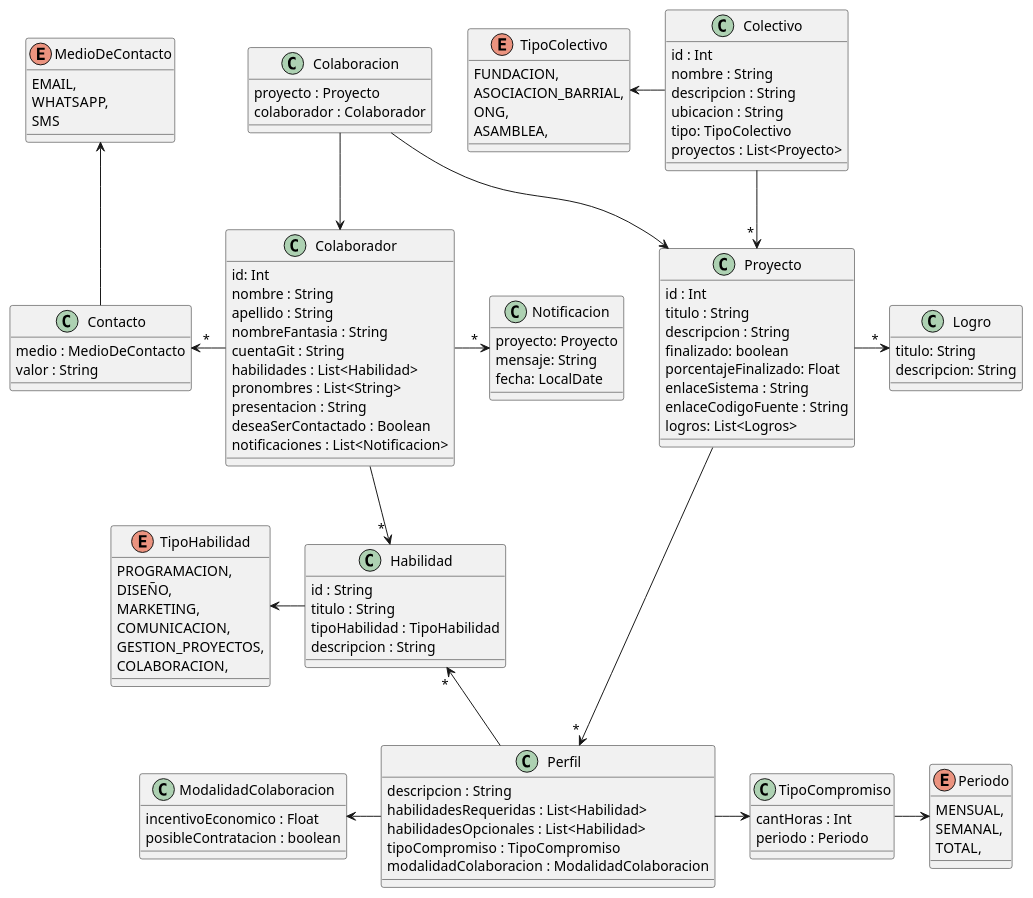
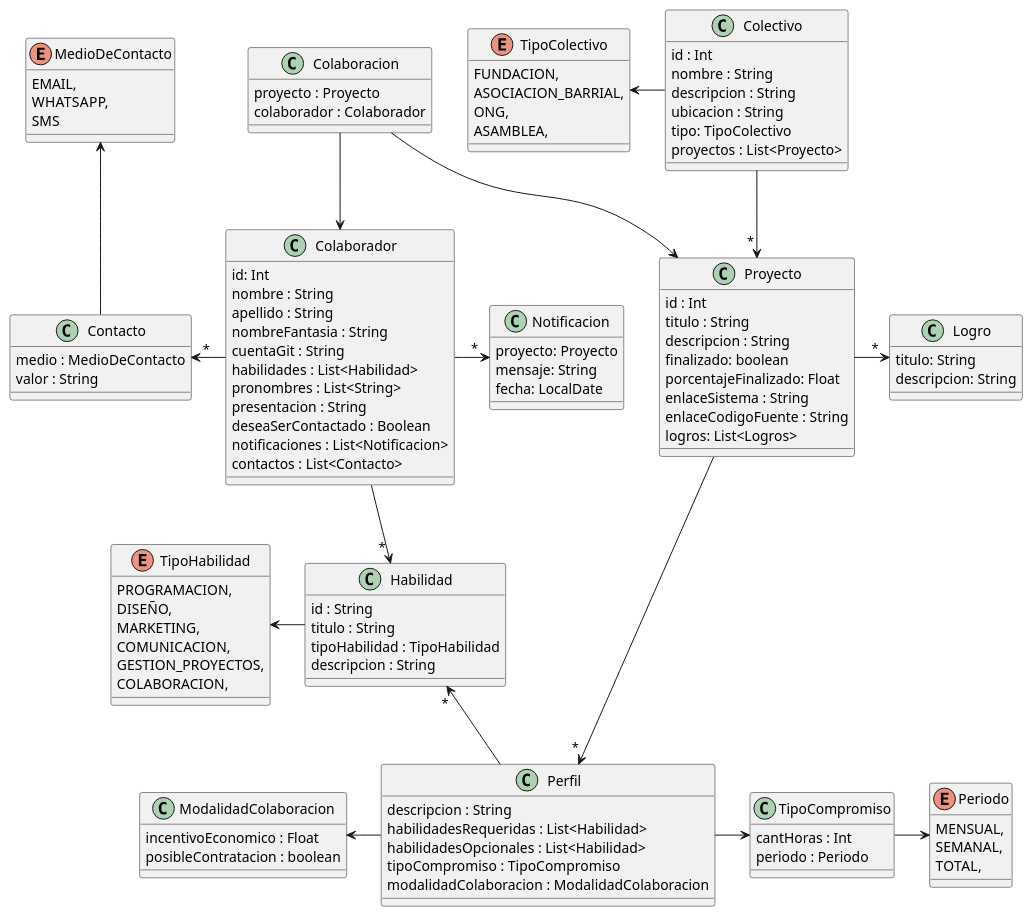
The diagram in diagramaDeClases.puml (luchoetapia/tp_ddso_grupo_4), drawn with PlantUML before and after one commit.

Commit message:
Fix: Agrego campo contactos a Colaborador

```diff
--- a/diagramaDeClases.puml
+++ b/diagramaDeClases.puml
@@ -1,135 +1,136 @@
 @startuml
 
 class Colectivo {
 id : Int
 nombre : String
 descripcion : String
 ubicacion : String
 tipo: TipoColectivo
 proyectos : List<Proyecto>
 }
 
 '(Fran): Aca sacaría el finalizado y le dejearía el porcentaje solo.
 class Proyecto {
 id : Int 
 titulo : String
 descripcion : String
 finalizado: boolean
 porcentajeFinalizado: Float
 enlaceSistema : String
 enlaceCodigoFuente : String
 logros: List<Logros>
 }
 
 '(Fran): No estoy seguro que mas agregarle a los logros, consultar.
 class Logro {
 titulo: String
 descripcion: String
 }
 
 class Perfil {
 descripcion : String
 habilidadesRequeridas : List<Habilidad>
 habilidadesOpcionales : List<Habilidad>
 tipoCompromiso : TipoCompromiso
 modalidadColaboracion : ModalidadColaboracion
 }
 
 class TipoCompromiso {
 cantHoras : Int
 periodo : Periodo
 }
 
 ' Cambio el id a String, porque el enunciado dice que es el titulo normalizado.
 class Habilidad {
 id : String
 titulo : String
 tipoHabilidad : TipoHabilidad
 descripcion : String
 }
 
 class Colaborador{
 id: Int
 nombre : String
 apellido : String
 nombreFantasia : String
 cuentaGit : String
 habilidades : List<Habilidad>
 pronombres : List<String>
 presentacion : String
 deseaSerContactado : Boolean
 notificaciones : List<Notificacion>
+contactos : List<Contacto>
 }
 
 class Contacto {
 medio : MedioDeContacto
 valor : String
 }
 
 enum MedioDeContacto {
 EMAIL,
 WHATSAPP,
 SMS
 }
 
 class Notificacion {
 proyecto: Proyecto
 mensaje: String
 fecha: LocalDate
 }
 
 class Colaboracion {
 proyecto : Proyecto
 colaborador : Colaborador
 }
 
 class ModalidadColaboracion {
 incentivoEconomico : Float
 posibleContratacion : boolean
 }
 
 enum TipoColectivo {
 FUNDACION, 
 ASOCIACION_BARRIAL, 
 ONG, 
 ASAMBLEA,
 }
 
 enum Periodo {
 MENSUAL, 
 SEMANAL, 
 TOTAL,
 }
 
 enum TipoHabilidad {
 PROGRAMACION, 
 DISEÑO, 
 MARKETING, 
 COMUNICACION, 
 GESTION_PROYECTOS, 
 COLABORACION,
 }
 
 Colectivo -d-> " * " Proyecto
 Colectivo -l-> TipoColectivo
 
 Proyecto -d-> " * " Perfil
 Proyecto -> " * " Logro
 
 Perfil -r-> TipoCompromiso
 Perfil -l-> ModalidadColaboracion
 Perfil -u-> " * " Habilidad
 
 Colaboracion -d-> Proyecto
 
 Colaborador <-u- Colaboracion
 Colaborador -d-> " * " Habilidad
 Colaborador -l-> " * " Contacto
 Colaborador -> " * " Notificacion
 
 Contacto -u-> MedioDeContacto
 
 TipoCompromiso -r-> Periodo
 
 Habilidad -l-> TipoHabilidad
 @enduml
```
